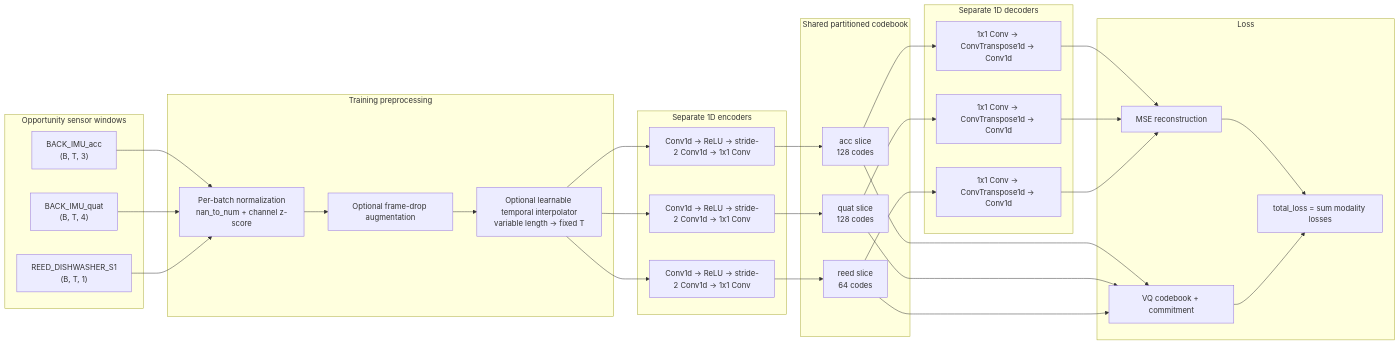
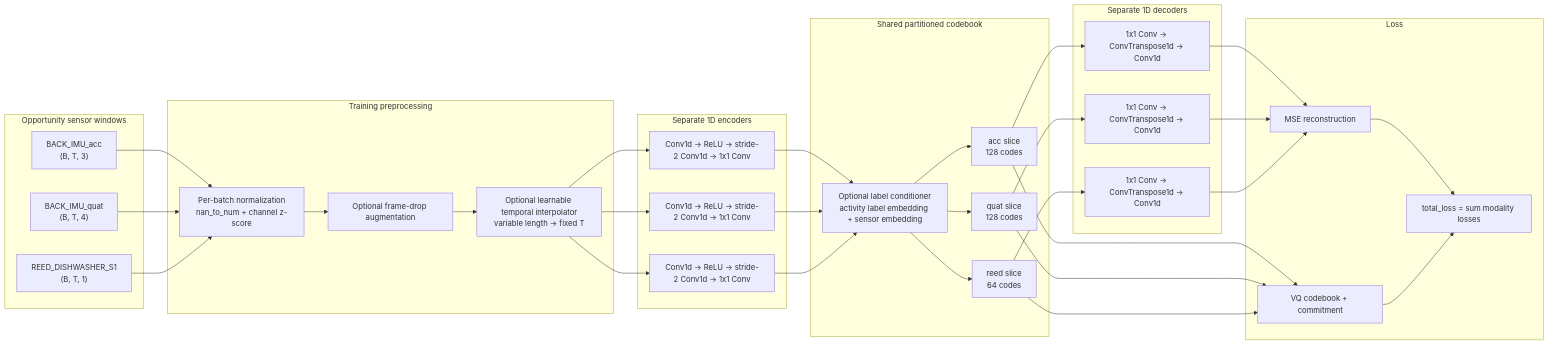
Before and after one commit to lalasray/DistriXSense: the diagram in docs/vqvae_architecture.md, drawn with Mermaid. The commit also changed other lines of this file and 5 other files, not shown here.

````diff
--- a/docs/vqvae_architecture.md
+++ b/docs/vqvae_architecture.md
@@ -5,51 +5,52 @@
 ```mermaid
 flowchart LR
     subgraph Inputs["Opportunity sensor windows"]
         A["BACK_IMU_acc<br/>(B, T, 3)"]
         Q["BACK_IMU_quat<br/>(B, T, 4)"]
         R["REED_DISHWASHER_S1<br/>(B, T, 1)"]
     end
 
     subgraph Prep["Training preprocessing"]
         N["Per-batch normalization<br/>nan_to_num + channel z-score"]
         D["Optional frame-drop augmentation"]
         I["Optional learnable temporal interpolator<br/>variable length -> fixed T"]
     end
 
     subgraph Encoders["Separate 1D encoders"]
         EA["Conv1d -> ReLU -> stride-2 Conv1d -> 1x1 Conv"]
         EQ["Conv1d -> ReLU -> stride-2 Conv1d -> 1x1 Conv"]
         ER["Conv1d -> ReLU -> stride-2 Conv1d -> 1x1 Conv"]
     end
 
     subgraph Quantizer["Shared partitioned codebook"]
+        L["Optional label conditioner<br/>activity label embedding + sensor embedding"]
         CA["acc slice<br/>128 codes"]
         CQ["quat slice<br/>128 codes"]
         CR["reed slice<br/>64 codes"]
     end
 
     subgraph Decoders["Separate 1D decoders"]
         DA["1x1 Conv -> ConvTranspose1d -> Conv1d"]
         DQ["1x1 Conv -> ConvTranspose1d -> Conv1d"]
         DR["1x1 Conv -> ConvTranspose1d -> Conv1d"]
     end
 
     subgraph Loss["Loss"]
         LA["MSE reconstruction"]
         LQ["VQ codebook + commitment"]
         LT["total_loss = sum modality losses"]
     end
 
     A --> N
     Q --> N
     R --> N
     N --> D --> I
-    I --> EA --> CA --> DA --> LA
-    I --> EQ --> CQ --> DQ --> LA
-    I --> ER --> CR --> DR --> LA
+    I --> EA --> L --> CA --> DA --> LA
+    I --> EQ --> L --> CQ --> DQ --> LA
+    I --> ER --> L --> CR --> DR --> LA
     CA --> LQ
     CQ --> LQ
     CR --> LQ
     LA --> LT
     LQ --> LT
 ```
````
